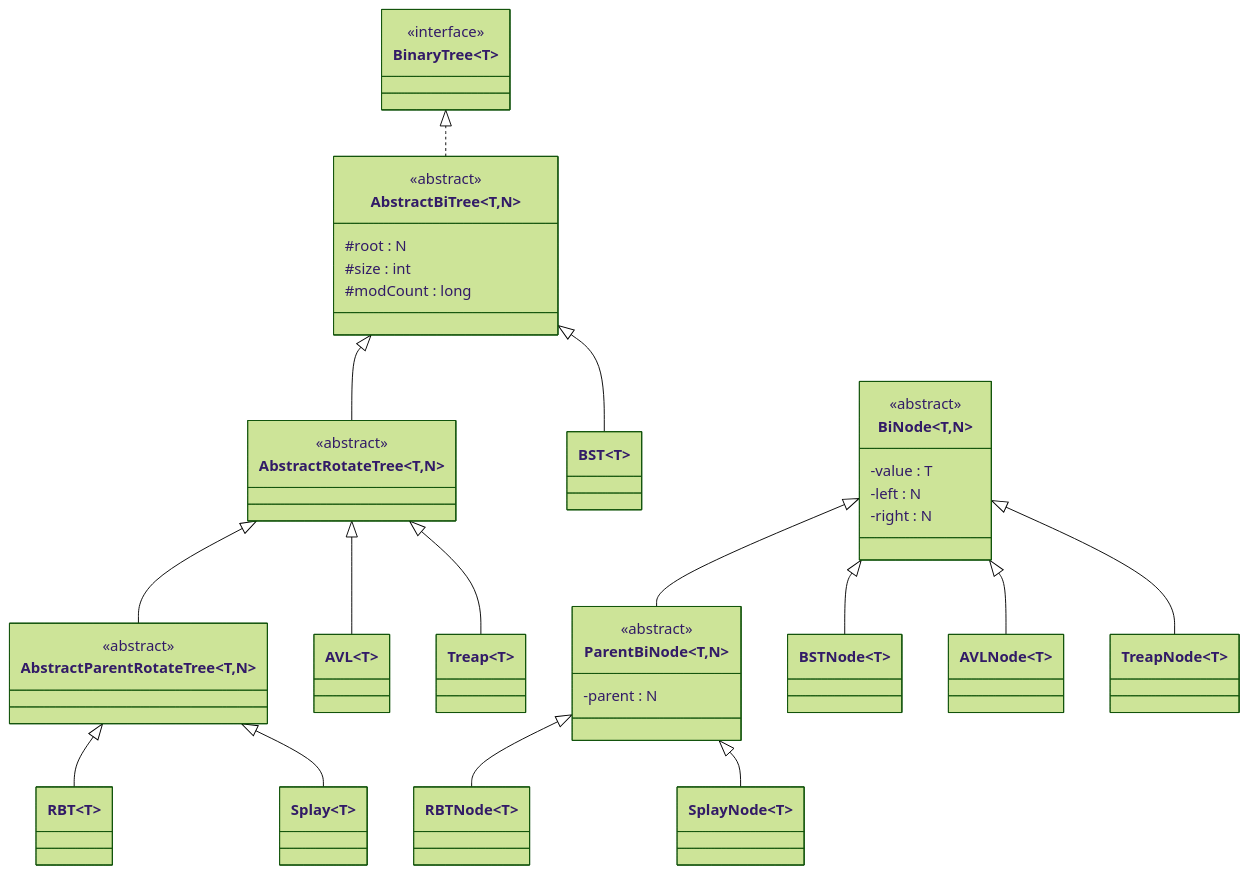
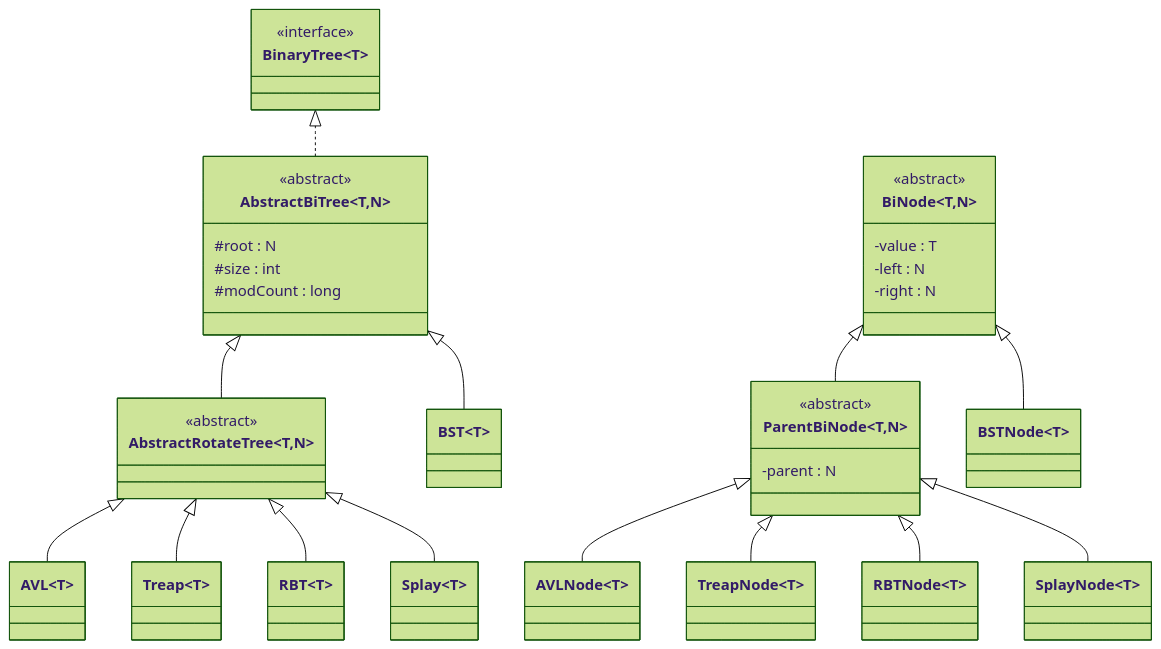
One commit to Chaos-vy/ChaosTree changed the second of 3 diagrams in docs/Architecture.md. Above: the diagram before and after it, drawn with Mermaid (forest theme). The commit also changed other lines of this file and 81 other files, not shown here.

````diff
--- a/docs/Architecture.md
+++ b/docs/Architecture.md
@@ -185,14 +185,9 @@
         <<abstract>>
     }
 
-    class AbstractParentRotateTree~T,N~ {
-        <<abstract>>
-    }
-
     AbstractBiTree ..|> BinaryTree
 
     AbstractRotateTree --|> AbstractBiTree
-    AbstractParentRotateTree --|> AbstractRotateTree
 
     %% =========================
     %% Concrete Trees
@@ -209,8 +204,8 @@
     AVL --|> AbstractRotateTree
     Treap --|> AbstractRotateTree
 
-    RBT --|> AbstractParentRotateTree
-    Splay --|> AbstractParentRotateTree
+    RBT --|> AbstractRotateTree
+    Splay --|> AbstractRotateTree
 
     %% =========================
     %% Node Hierarchy
@@ -237,9 +232,9 @@
     class SplayNode~T~
 
     BSTNode --|> BiNode
-    AVLNode --|> BiNode
-    TreapNode --|> BiNode
 
+    AVLNode --|> ParentBiNode
+    TreapNode --|> ParentBiNode
     RBTNode --|> ParentBiNode
     SplayNode --|> ParentBiNode
 ```
````
